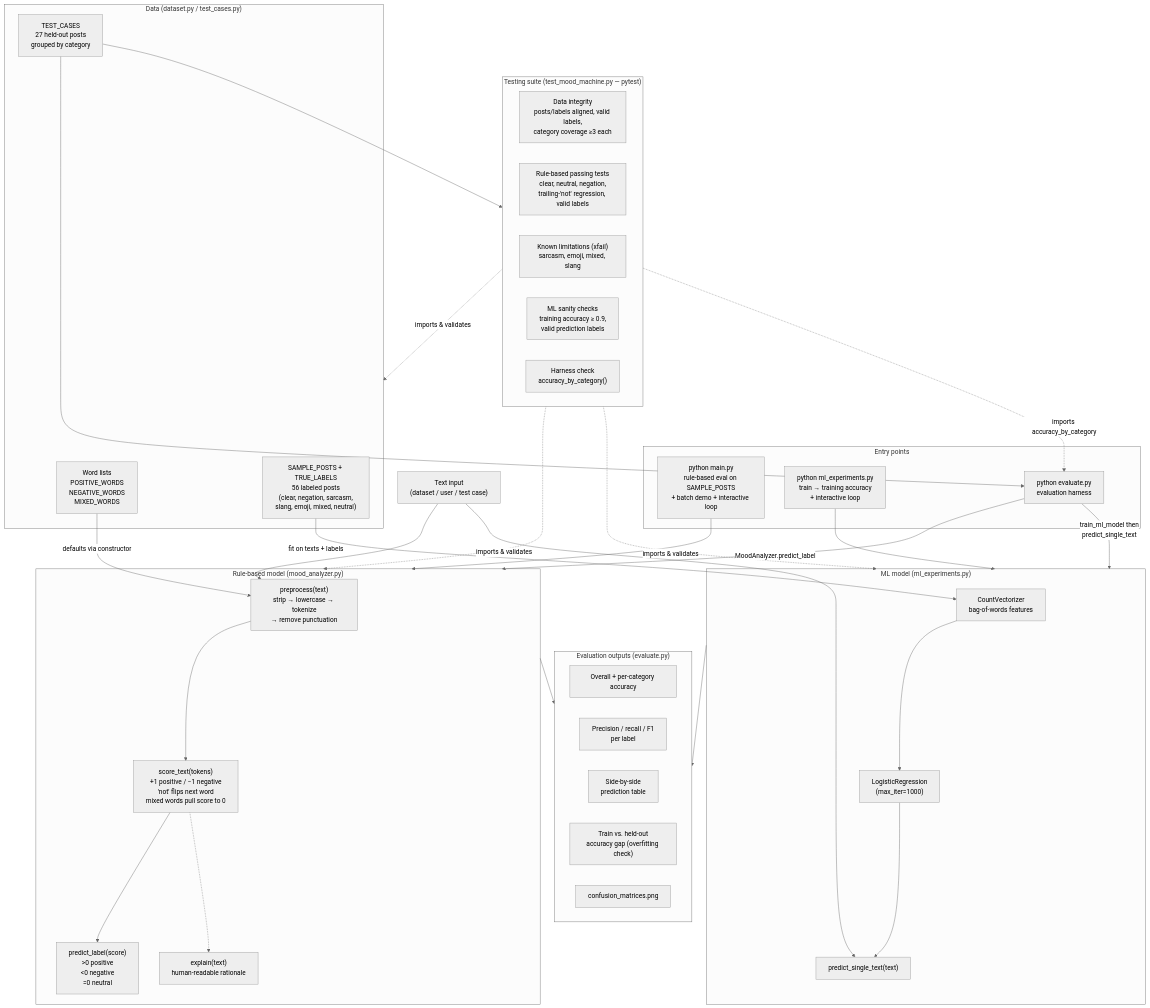
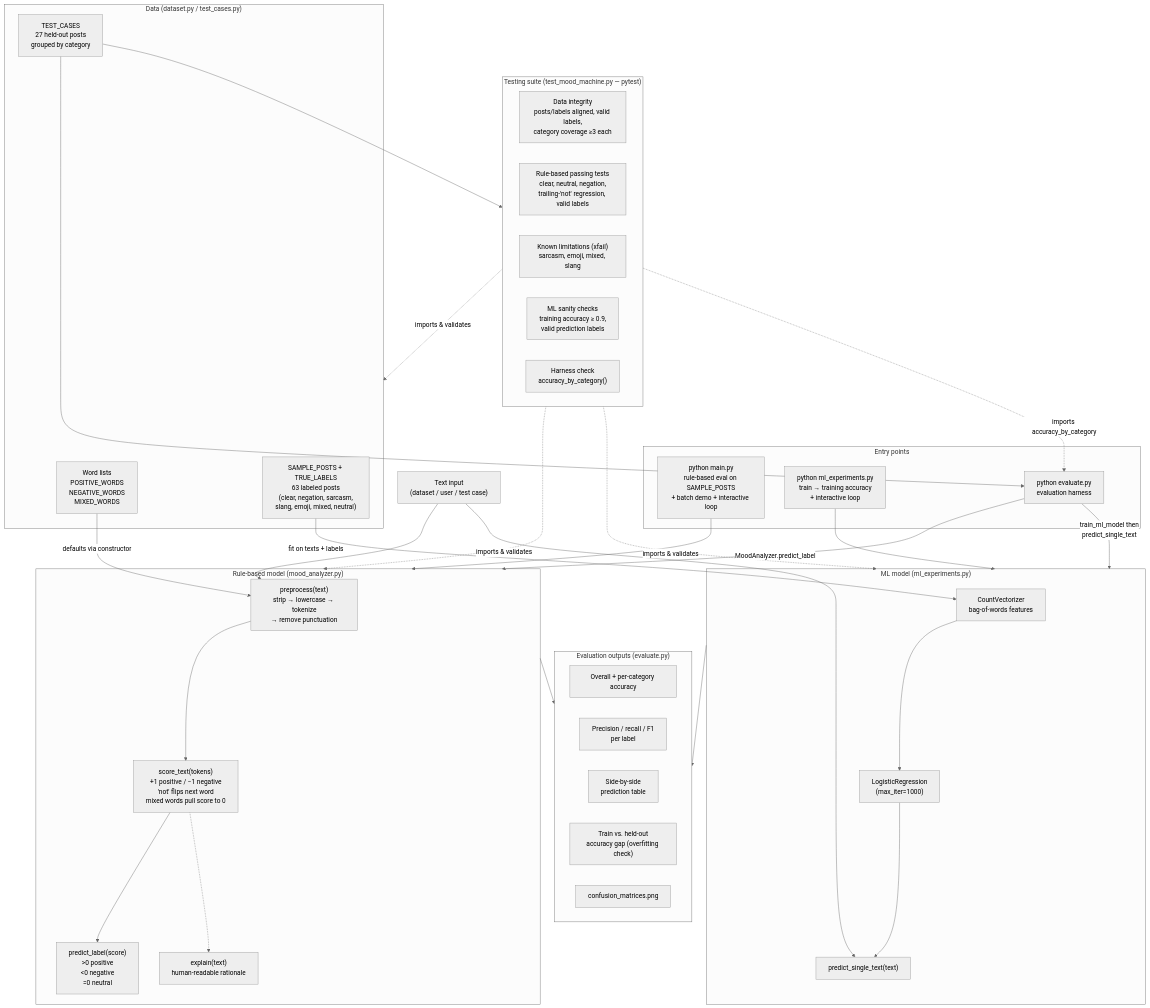
The diagram in diagrams/system_diagram.md (RenkoTheBird/applied-ai-system-project), drawn with Mermaid (neutral theme) before and after one commit. The commit also changed 1 other file, not shown here.

Commit message:
Update model card and README for stale data

````diff
--- a/diagrams/system_diagram.md
+++ b/diagrams/system_diagram.md
@@ -5,74 +5,74 @@
 ```mermaid
 flowchart TD
     %% ============ DATA ============
     subgraph Data["Data (dataset.py / test_cases.py)"]
         WL["Word lists<br/>POSITIVE_WORDS<br/>NEGATIVE_WORDS<br/>MIXED_WORDS"]
-        TRAIN["SAMPLE_POSTS + TRUE_LABELS<br/>56 labeled posts<br/>(clear, negation, sarcasm,<br/>slang, emoji, mixed, neutral)"]
+        TRAIN["SAMPLE_POSTS + TRUE_LABELS<br/>63 labeled posts<br/>(clear, negation, sarcasm,<br/>slang, emoji, mixed, neutral)"]
         HELDOUT["TEST_CASES<br/>27 held-out posts<br/>grouped by category"]
     end
 
     %% ============ RULE-BASED MODEL ============
     subgraph Rule["Rule-based model (mood_analyzer.py)"]
         PRE["preprocess(text)<br/>strip → lowercase → tokenize<br/>→ remove punctuation"]
         SCORE["score_text(tokens)<br/>+1 positive / −1 negative<br/>'not' flips next word<br/>mixed words pull score to 0"]
         PRED["predict_label(score)<br/>&gt;0 positive<br/>&lt;0 negative<br/>=0 neutral"]
         EXPL["explain(text)<br/>human-readable rationale"]
         PRE --> SCORE --> PRED
         SCORE -.-> EXPL
     end
 
     %% ============ ML MODEL ============
     subgraph ML["ML model (ml_experiments.py)"]
         VEC["CountVectorizer<br/>bag-of-words features"]
         LR["LogisticRegression<br/>(max_iter=1000)"]
         MLPRED["predict_single_text(text)"]
         VEC --> LR --> MLPRED
     end
 
     %% ============ ENTRY POINTS ============
     subgraph Entry["Entry points"]
         MAIN["python main.py<br/>rule-based eval on SAMPLE_POSTS<br/>+ batch demo + interactive loop"]
         MLEXp["python ml_experiments.py<br/>train → training accuracy<br/>+ interactive loop"]
         EVAL["python evaluate.py<br/>evaluation harness"]
     end
 
     %% ============ EVALUATION OUTPUTS ============
     subgraph Metrics["Evaluation outputs (evaluate.py)"]
         ACC["Overall + per-category accuracy"]
         PRF["Precision / recall / F1<br/>per label"]
         TABLE["Side-by-side<br/>prediction table"]
         GAP["Train vs. held-out<br/>accuracy gap (overfitting check)"]
         PNG["confusion_matrices.png"]
     end
 
     %% ============ TESTING ============
     subgraph Tests["Testing suite (test_mood_machine.py — pytest)"]
         T1["Data integrity<br/>posts/labels aligned, valid labels,<br/>category coverage ≥3 each"]
         T2["Rule-based passing tests<br/>clear, neutral, negation,<br/>trailing-'not' regression, valid labels"]
         T3["Known limitations (xfail)<br/>sarcasm, emoji, mixed, slang"]
         T4["ML sanity checks<br/>training accuracy ≥ 0.9,<br/>valid prediction labels"]
         T5["Harness check<br/>accuracy_by_category()"]
     end
 
     %% ============ FLOWS ============
     WL -->|defaults via constructor| PRE
     TRAIN -->|fit on texts + labels| VEC
     HELDOUT --> EVAL
     HELDOUT --> Tests
 
     MAIN --> Rule
     MLEXp --> ML
     EVAL -->|MoodAnalyzer.predict_label| Rule
     EVAL -->|train_ml_model then<br/>predict_single_text| ML
 
     Rule --> Metrics
     ML --> Metrics
 
     TEST_INPUT["Text input<br/>(dataset / user / test case)"] --> PRE
     TEST_INPUT --> MLPRED
 
     Tests -.->|imports & validates| Data
     Tests -.->|imports & validates| Rule
     Tests -.->|imports & validates| ML
     Tests -.->|imports accuracy_by_category| EVAL
 ```
````
